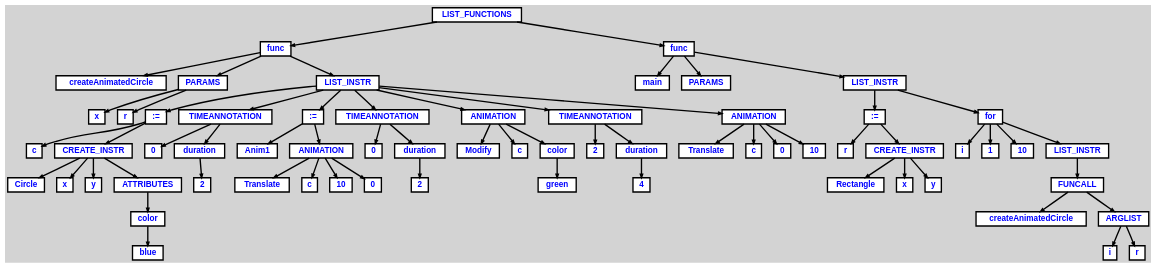
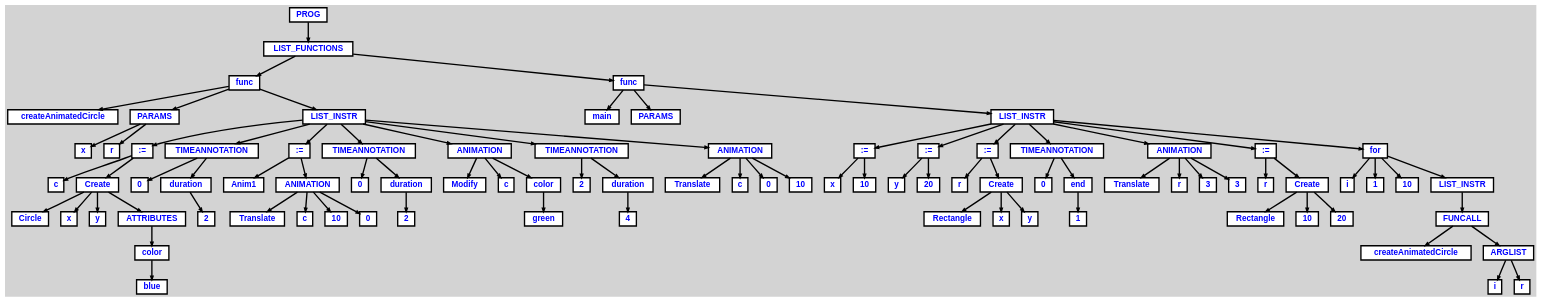
The diagram in examples/functions.dot (5thingol/Practica-CL), drawn with Graphviz before and after one commit. The commit also changed 73 other files, not shown here.

```diff
--- a/examples/functions.dot
+++ b/examples/functions.dot
@@ -6,161 +6,213 @@
 		width=.25, height=.25, color="black", fillcolor="white", style="filled, solid, bold"];
 	edge [arrowsize=.5, color="black", style="bold"]
 
-  n0 [label="LIST_FUNCTIONS"];
-  n1 [label="func"];
-  n1 [label="func"];
-  n2 [label="createAnimatedCircle"];
-  n3 [label="PARAMS"];
-  n3 [label="PARAMS"];
-  n4 [label="x"];
-  n5 [label="r"];
-  n6 [label="LIST_INSTR"];
-  n6 [label="LIST_INSTR"];
-  n7 [label=":="];
-  n7 [label=":="];
-  n8 [label="c"];
-  n9 [label="CREATE_INSTR"];
-  n9 [label="CREATE_INSTR"];
-  n10 [label="Circle"];
-  n11 [label="x"];
-  n12 [label="y"];
-  n13 [label="ATTRIBUTES"];
-  n13 [label="ATTRIBUTES"];
-  n14 [label="color"];
-  n14 [label="color"];
-  n15 [label="blue"];
-  n16 [label="TIMEANNOTATION"];
-  n16 [label="TIMEANNOTATION"];
-  n17 [label="0"];
-  n18 [label="duration"];
-  n18 [label="duration"];
-  n19 [label="2"];
-  n20 [label=":="];
-  n20 [label=":="];
-  n21 [label="Anim1"];
-  n22 [label="ANIMATION"];
-  n22 [label="ANIMATION"];
-  n23 [label="Translate"];
-  n24 [label="c"];
-  n25 [label="10"];
-  n26 [label="0"];
-  n27 [label="TIMEANNOTATION"];
-  n27 [label="TIMEANNOTATION"];
-  n28 [label="0"];
-  n29 [label="duration"];
-  n29 [label="duration"];
-  n30 [label="2"];
-  n31 [label="ANIMATION"];
-  n31 [label="ANIMATION"];
-  n32 [label="Modify"];
-  n33 [label="c"];
-  n34 [label="color"];
-  n34 [label="color"];
-  n35 [label="green"];
-  n36 [label="TIMEANNOTATION"];
-  n36 [label="TIMEANNOTATION"];
-  n37 [label="2"];
-  n38 [label="duration"];
-  n38 [label="duration"];
-  n39 [label="4"];
-  n40 [label="ANIMATION"];
-  n40 [label="ANIMATION"];
-  n41 [label="Translate"];
-  n42 [label="c"];
-  n43 [label="0"];
-  n44 [label="10"];
-  n45 [label="func"];
-  n45 [label="func"];
-  n46 [label="main"];
-  n47 [label="PARAMS"];
-  n48 [label="LIST_INSTR"];
-  n48 [label="LIST_INSTR"];
-  n49 [label=":="];
-  n49 [label=":="];
-  n50 [label="r"];
-  n51 [label="CREATE_INSTR"];
-  n51 [label="CREATE_INSTR"];
-  n52 [label="Rectangle"];
-  n53 [label="x"];
+  n0 [label="PROG"];
+  n1 [label="LIST_FUNCTIONS"];
+  n1 [label="LIST_FUNCTIONS"];
+  n2 [label="func"];
+  n2 [label="func"];
+  n3 [label="createAnimatedCircle"];
+  n4 [label="PARAMS"];
+  n4 [label="PARAMS"];
+  n5 [label="x"];
+  n6 [label="r"];
+  n7 [label="LIST_INSTR"];
+  n7 [label="LIST_INSTR"];
+  n8 [label=":="];
+  n8 [label=":="];
+  n9 [label="c"];
+  n10 [label="Create"];
+  n10 [label="Create"];
+  n11 [label="Circle"];
+  n12 [label="x"];
+  n13 [label="y"];
+  n14 [label="ATTRIBUTES"];
+  n14 [label="ATTRIBUTES"];
+  n15 [label="color"];
+  n15 [label="color"];
+  n16 [label="blue"];
+  n17 [label="TIMEANNOTATION"];
+  n17 [label="TIMEANNOTATION"];
+  n18 [label="0"];
+  n19 [label="duration"];
+  n19 [label="duration"];
+  n20 [label="2"];
+  n21 [label=":="];
+  n21 [label=":="];
+  n22 [label="Anim1"];
+  n23 [label="ANIMATION"];
+  n23 [label="ANIMATION"];
+  n24 [label="Translate"];
+  n25 [label="c"];
+  n26 [label="10"];
+  n27 [label="0"];
+  n28 [label="TIMEANNOTATION"];
+  n28 [label="TIMEANNOTATION"];
+  n29 [label="0"];
+  n30 [label="duration"];
+  n30 [label="duration"];
+  n31 [label="2"];
+  n32 [label="ANIMATION"];
+  n32 [label="ANIMATION"];
+  n33 [label="Modify"];
+  n34 [label="c"];
+  n35 [label="color"];
+  n35 [label="color"];
+  n36 [label="green"];
+  n37 [label="TIMEANNOTATION"];
+  n37 [label="TIMEANNOTATION"];
+  n38 [label="2"];
+  n39 [label="duration"];
+  n39 [label="duration"];
+  n40 [label="4"];
+  n41 [label="ANIMATION"];
+  n41 [label="ANIMATION"];
+  n42 [label="Translate"];
+  n43 [label="c"];
+  n44 [label="0"];
+  n45 [label="10"];
+  n46 [label="func"];
+  n46 [label="func"];
+  n47 [label="main"];
+  n48 [label="PARAMS"];
+  n49 [label="LIST_INSTR"];
+  n49 [label="LIST_INSTR"];
+  n50 [label=":="];
+  n50 [label=":="];
+  n51 [label="x"];
+  n52 [label="10"];
+  n53 [label=":="];
+  n53 [label=":="];
   n54 [label="y"];
-  n55 [label="for"];
-  n55 [label="for"];
-  n56 [label="i"];
-  n57 [label="1"];
-  n58 [label="10"];
-  n59 [label="LIST_INSTR"];
-  n59 [label="LIST_INSTR"];
-  n60 [label="FUNCALL"];
-  n60 [label="FUNCALL"];
-  n61 [label="createAnimatedCircle"];
-  n62 [label="ARGLIST"];
-  n62 [label="ARGLIST"];
-  n63 [label="i"];
-  n64 [label="r"];
+  n55 [label="20"];
+  n56 [label=":="];
+  n56 [label=":="];
+  n57 [label="r"];
+  n58 [label="Create"];
+  n58 [label="Create"];
+  n59 [label="Rectangle"];
+  n60 [label="x"];
+  n61 [label="y"];
+  n62 [label="TIMEANNOTATION"];
+  n62 [label="TIMEANNOTATION"];
+  n63 [label="0"];
+  n64 [label="end"];
+  n64 [label="end"];
+  n65 [label="1"];
+  n66 [label="ANIMATION"];
+  n66 [label="ANIMATION"];
+  n67 [label="Translate"];
+  n68 [label="r"];
+  n69 [label="3"];
+  n70 [label="3"];
+  n71 [label=":="];
+  n71 [label=":="];
+  n72 [label="r"];
+  n73 [label="Create"];
+  n73 [label="Create"];
+  n74 [label="Rectangle"];
+  n75 [label="10"];
+  n76 [label="20"];
+  n77 [label="for"];
+  n77 [label="for"];
+  n78 [label="i"];
+  n79 [label="1"];
+  n80 [label="10"];
+  n81 [label="LIST_INSTR"];
+  n81 [label="LIST_INSTR"];
+  n82 [label="FUNCALL"];
+  n82 [label="FUNCALL"];
+  n83 [label="createAnimatedCircle"];
+  n84 [label="ARGLIST"];
+  n84 [label="ARGLIST"];
+  n85 [label="i"];
+  n86 [label="r"];
 
-  n0 -> n1 // "LIST_FUNCTIONS" -> "func"
-  n1 -> n2 // "func" -> "createAnimatedCircle"
-  n1 -> n3 // "func" -> "PARAMS"
-  n3 -> n4 // "PARAMS" -> "x"
-  n3 -> n5 // "PARAMS" -> "r"
-  n1 -> n6 // "func" -> "LIST_INSTR"
-  n6 -> n7 // "LIST_INSTR" -> ":="
-  n7 -> n8 // ":=" -> "c"
-  n7 -> n9 // ":=" -> "CREATE_INSTR"
-  n9 -> n10 // "CREATE_INSTR" -> "Circle"
-  n9 -> n11 // "CREATE_INSTR" -> "x"
-  n9 -> n12 // "CREATE_INSTR" -> "y"
-  n9 -> n13 // "CREATE_INSTR" -> "ATTRIBUTES"
-  n13 -> n14 // "ATTRIBUTES" -> "color"
-  n14 -> n15 // "color" -> "blue"
-  n6 -> n16 // "LIST_INSTR" -> "TIMEANNOTATION"
-  n16 -> n17 // "TIMEANNOTATION" -> "0"
-  n16 -> n18 // "TIMEANNOTATION" -> "duration"
-  n18 -> n19 // "duration" -> "2"
-  n6 -> n20 // "LIST_INSTR" -> ":="
-  n20 -> n21 // ":=" -> "Anim1"
-  n20 -> n22 // ":=" -> "ANIMATION"
-  n22 -> n23 // "ANIMATION" -> "Translate"
-  n22 -> n24 // "ANIMATION" -> "c"
-  n22 -> n25 // "ANIMATION" -> "10"
-  n22 -> n26 // "ANIMATION" -> "0"
-  n6 -> n27 // "LIST_INSTR" -> "TIMEANNOTATION"
-  n27 -> n28 // "TIMEANNOTATION" -> "0"
-  n27 -> n29 // "TIMEANNOTATION" -> "duration"
-  n29 -> n30 // "duration" -> "2"
-  n6 -> n31 // "LIST_INSTR" -> "ANIMATION"
-  n31 -> n32 // "ANIMATION" -> "Modify"
-  n31 -> n33 // "ANIMATION" -> "c"
-  n31 -> n34 // "ANIMATION" -> "color"
-  n34 -> n35 // "color" -> "green"
-  n6 -> n36 // "LIST_INSTR" -> "TIMEANNOTATION"
-  n36 -> n37 // "TIMEANNOTATION" -> "2"
-  n36 -> n38 // "TIMEANNOTATION" -> "duration"
-  n38 -> n39 // "duration" -> "4"
-  n6 -> n40 // "LIST_INSTR" -> "ANIMATION"
-  n40 -> n41 // "ANIMATION" -> "Translate"
-  n40 -> n42 // "ANIMATION" -> "c"
-  n40 -> n43 // "ANIMATION" -> "0"
-  n40 -> n44 // "ANIMATION" -> "10"
-  n0 -> n45 // "LIST_FUNCTIONS" -> "func"
-  n45 -> n46 // "func" -> "main"
-  n45 -> n47 // "func" -> "PARAMS"
-  n45 -> n48 // "func" -> "LIST_INSTR"
-  n48 -> n49 // "LIST_INSTR" -> ":="
-  n49 -> n50 // ":=" -> "r"
-  n49 -> n51 // ":=" -> "CREATE_INSTR"
-  n51 -> n52 // "CREATE_INSTR" -> "Rectangle"
-  n51 -> n53 // "CREATE_INSTR" -> "x"
-  n51 -> n54 // "CREATE_INSTR" -> "y"
-  n48 -> n55 // "LIST_INSTR" -> "for"
-  n55 -> n56 // "for" -> "i"
-  n55 -> n57 // "for" -> "1"
-  n55 -> n58 // "for" -> "10"
-  n55 -> n59 // "for" -> "LIST_INSTR"
-  n59 -> n60 // "LIST_INSTR" -> "FUNCALL"
-  n60 -> n61 // "FUNCALL" -> "createAnimatedCircle"
-  n60 -> n62 // "FUNCALL" -> "ARGLIST"
-  n62 -> n63 // "ARGLIST" -> "i"
-  n62 -> n64 // "ARGLIST" -> "r"
+  n0 -> n1 // "PROG" -> "LIST_FUNCTIONS"
+  n1 -> n2 // "LIST_FUNCTIONS" -> "func"
+  n2 -> n3 // "func" -> "createAnimatedCircle"
+  n2 -> n4 // "func" -> "PARAMS"
+  n4 -> n5 // "PARAMS" -> "x"
+  n4 -> n6 // "PARAMS" -> "r"
+  n2 -> n7 // "func" -> "LIST_INSTR"
+  n7 -> n8 // "LIST_INSTR" -> ":="
+  n8 -> n9 // ":=" -> "c"
+  n8 -> n10 // ":=" -> "Create"
+  n10 -> n11 // "Create" -> "Circle"
+  n10 -> n12 // "Create" -> "x"
+  n10 -> n13 // "Create" -> "y"
+  n10 -> n14 // "Create" -> "ATTRIBUTES"
+  n14 -> n15 // "ATTRIBUTES" -> "color"
+  n15 -> n16 // "color" -> "blue"
+  n7 -> n17 // "LIST_INSTR" -> "TIMEANNOTATION"
+  n17 -> n18 // "TIMEANNOTATION" -> "0"
+  n17 -> n19 // "TIMEANNOTATION" -> "duration"
+  n19 -> n20 // "duration" -> "2"
+  n7 -> n21 // "LIST_INSTR" -> ":="
+  n21 -> n22 // ":=" -> "Anim1"
+  n21 -> n23 // ":=" -> "ANIMATION"
+  n23 -> n24 // "ANIMATION" -> "Translate"
+  n23 -> n25 // "ANIMATION" -> "c"
+  n23 -> n26 // "ANIMATION" -> "10"
+  n23 -> n27 // "ANIMATION" -> "0"
+  n7 -> n28 // "LIST_INSTR" -> "TIMEANNOTATION"
+  n28 -> n29 // "TIMEANNOTATION" -> "0"
+  n28 -> n30 // "TIMEANNOTATION" -> "duration"
+  n30 -> n31 // "duration" -> "2"
+  n7 -> n32 // "LIST_INSTR" -> "ANIMATION"
+  n32 -> n33 // "ANIMATION" -> "Modify"
+  n32 -> n34 // "ANIMATION" -> "c"
+  n32 -> n35 // "ANIMATION" -> "color"
+  n35 -> n36 // "color" -> "green"
+  n7 -> n37 // "LIST_INSTR" -> "TIMEANNOTATION"
+  n37 -> n38 // "TIMEANNOTATION" -> "2"
+  n37 -> n39 // "TIMEANNOTATION" -> "duration"
+  n39 -> n40 // "duration" -> "4"
+  n7 -> n41 // "LIST_INSTR" -> "ANIMATION"
+  n41 -> n42 // "ANIMATION" -> "Translate"
+  n41 -> n43 // "ANIMATION" -> "c"
+  n41 -> n44 // "ANIMATION" -> "0"
+  n41 -> n45 // "ANIMATION" -> "10"
+  n1 -> n46 // "LIST_FUNCTIONS" -> "func"
+  n46 -> n47 // "func" -> "main"
+  n46 -> n48 // "func" -> "PARAMS"
+  n46 -> n49 // "func" -> "LIST_INSTR"
+  n49 -> n50 // "LIST_INSTR" -> ":="
+  n50 -> n51 // ":=" -> "x"
+  n50 -> n52 // ":=" -> "10"
+  n49 -> n53 // "LIST_INSTR" -> ":="
+  n53 -> n54 // ":=" -> "y"
+  n53 -> n55 // ":=" -> "20"
+  n49 -> n56 // "LIST_INSTR" -> ":="
+  n56 -> n57 // ":=" -> "r"
+  n56 -> n58 // ":=" -> "Create"
+  n58 -> n59 // "Create" -> "Rectangle"
+  n58 -> n60 // "Create" -> "x"
+  n58 -> n61 // "Create" -> "y"
+  n49 -> n62 // "LIST_INSTR" -> "TIMEANNOTATION"
+  n62 -> n63 // "TIMEANNOTATION" -> "0"
+  n62 -> n64 // "TIMEANNOTATION" -> "end"
+  n64 -> n65 // "end" -> "1"
+  n49 -> n66 // "LIST_INSTR" -> "ANIMATION"
+  n66 -> n67 // "ANIMATION" -> "Translate"
+  n66 -> n68 // "ANIMATION" -> "r"
+  n66 -> n69 // "ANIMATION" -> "3"
+  n66 -> n70 // "ANIMATION" -> "3"
+  n49 -> n71 // "LIST_INSTR" -> ":="
+  n71 -> n72 // ":=" -> "r"
+  n71 -> n73 // ":=" -> "Create"
+  n73 -> n74 // "Create" -> "Rectangle"
+  n73 -> n75 // "Create" -> "10"
+  n73 -> n76 // "Create" -> "20"
+  n49 -> n77 // "LIST_INSTR" -> "for"
+  n77 -> n78 // "for" -> "i"
+  n77 -> n79 // "for" -> "1"
+  n77 -> n80 // "for" -> "10"
+  n77 -> n81 // "for" -> "LIST_INSTR"
+  n81 -> n82 // "LIST_INSTR" -> "FUNCALL"
+  n82 -> n83 // "FUNCALL" -> "createAnimatedCircle"
+  n82 -> n84 // "FUNCALL" -> "ARGLIST"
+  n84 -> n85 // "ARGLIST" -> "i"
+  n84 -> n86 // "ARGLIST" -> "r"
 
 }
```
